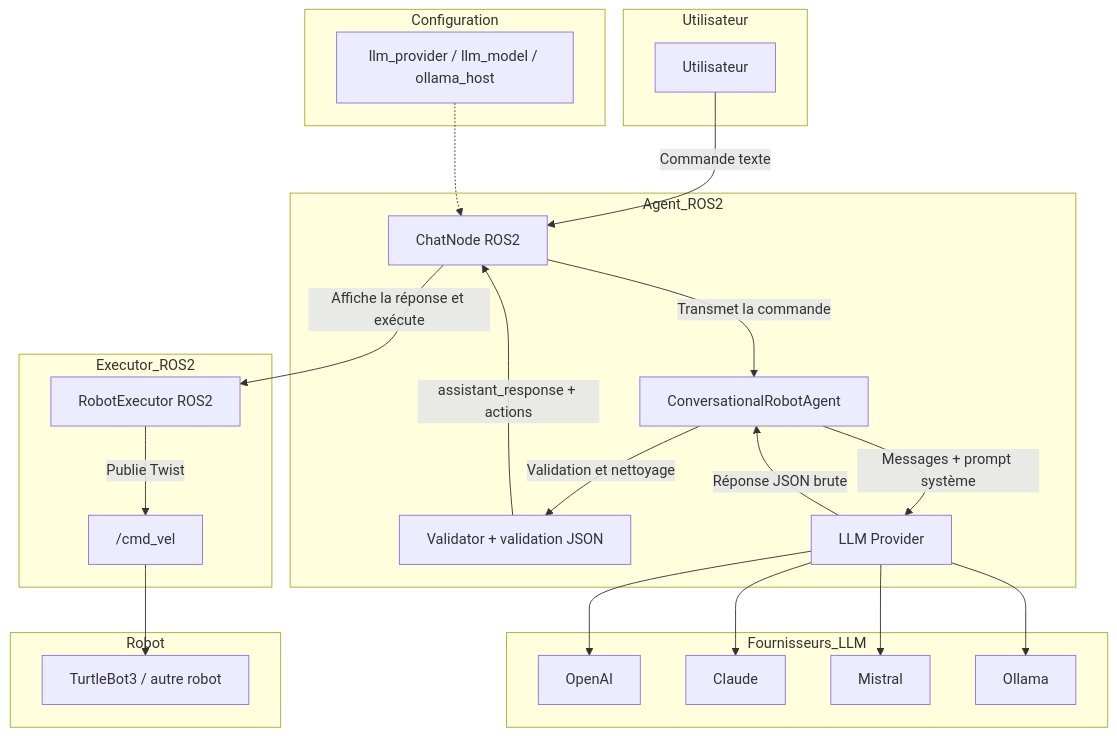
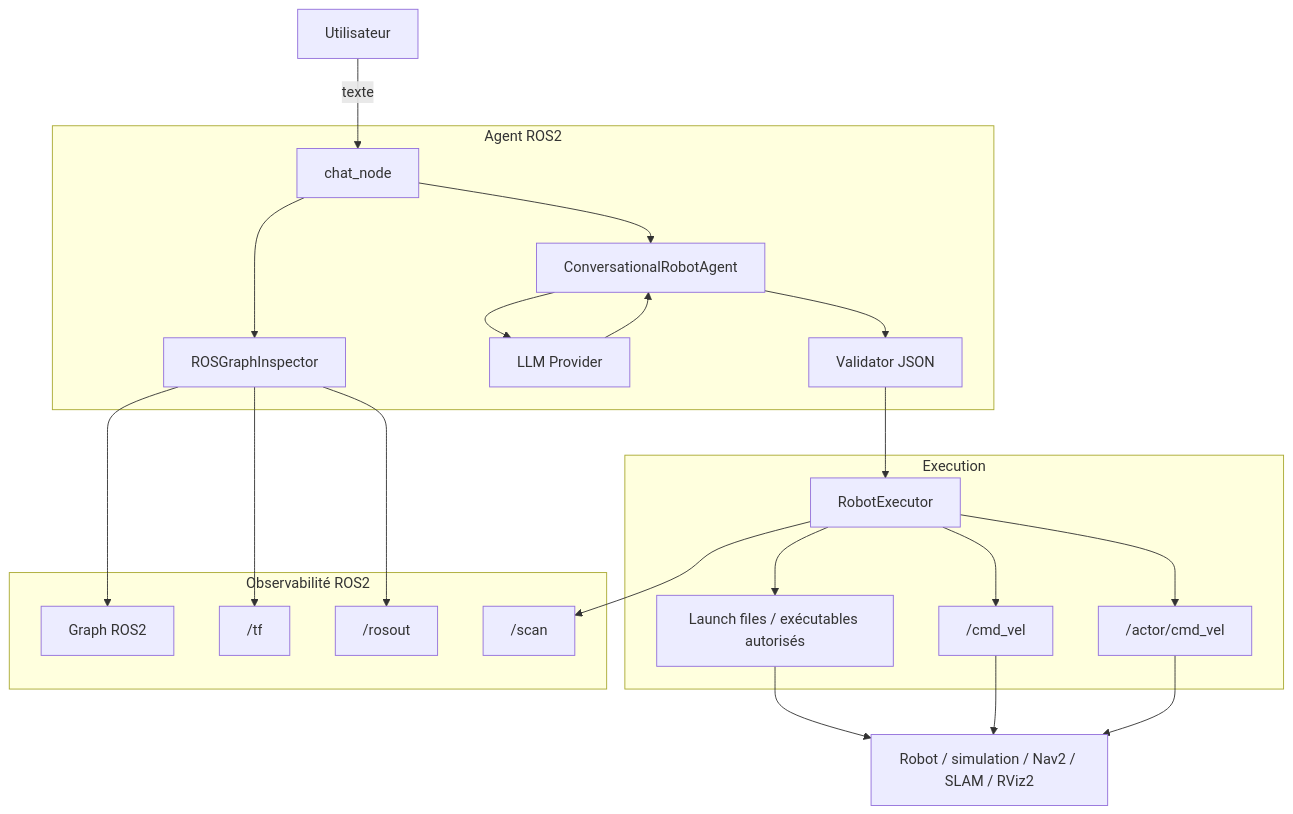
The diagram in README.md (thoukam/Ros2-LLM-Robot-Agent), drawn with Mermaid before and after one commit. The commit also changed other lines of this file and 1 other file, not shown here.

````diff
--- a/README.md
+++ b/README.md
@@ -45,48 +27,30 @@
 ```mermaid
 flowchart TB
-    subgraph Utilisateur
-      U[Utilisateur]
+    U[Utilisateur] -->|texte| Chat[chat_node]
+
+    subgraph Agent ROS2
+      Chat --> Inspector[ROSGraphInspector]
+      Chat --> Agent[ConversationalRobotAgent]
+      Agent --> LLM[LLM Provider]
+      LLM --> Agent
+      Agent --> Validator[Validator JSON]
     end
 
-    subgraph Agent_ROS2
-      ChatNode[ChatNode ROS2]
-      Agent[ConversationalRobotAgent]
-      Validator[Validator + validation JSON]
-      LLM[LLM Provider]
+    subgraph Execution
+      Validator --> Executor[RobotExecutor]
+      Executor --> CmdVel["/cmd_vel"]
+      Executor --> ActorCmd["/actor/cmd_vel"]
+      Executor --> Launch["Launch files / exécutables autorisés"]
     end
 
-    subgraph Executor_ROS2
-      Executor[RobotExecutor ROS2]
-      CmdVel["/cmd_vel"]
+    subgraph Observabilité ROS2
+      Inspector --> Graph[Graph ROS2]
+      Inspector --> TF["/tf"]
+      Inspector --> Rosout["/rosout"]
+      Executor --> Scan["/scan"]
     end
 
-    subgraph Robot
-      RobotNode["TurtleBot3 / autre robot"]
-    end
-
-    U -->|Commande texte| ChatNode
-    ChatNode -->|Transmet la commande| Agent
-    Agent -->|Messages + prompt système| LLM
-    LLM -->|Réponse JSON brute| Agent
-    Agent -->|Validation et nettoyage| Validator
-    Validator -->|assistant_response + actions| ChatNode
-    ChatNode -->|Affiche la réponse et exécute| Executor
-    Executor -->|Publie Twist| CmdVel
-    CmdVel --> RobotNode
-
-    subgraph Configuration
-      Prov[llm_provider / llm_model / ollama_host]
-    end
-    Prov -.-> ChatNode
-
-    subgraph Fournisseurs_LLM
-      OpenAI[OpenAI]
-      Claude[Claude]
-      Mistral[Mistral]
-      Ollama[Ollama]
-    end
-    LLM --> OpenAI
-    LLM --> Claude
-    LLM --> Mistral
-    LLM --> Ollama
+    Launch --> Robot["Robot / simulation / Nav2 / SLAM / RViz2"]
+    CmdVel --> Robot
+    ActorCmd --> Robot
 ```
````
